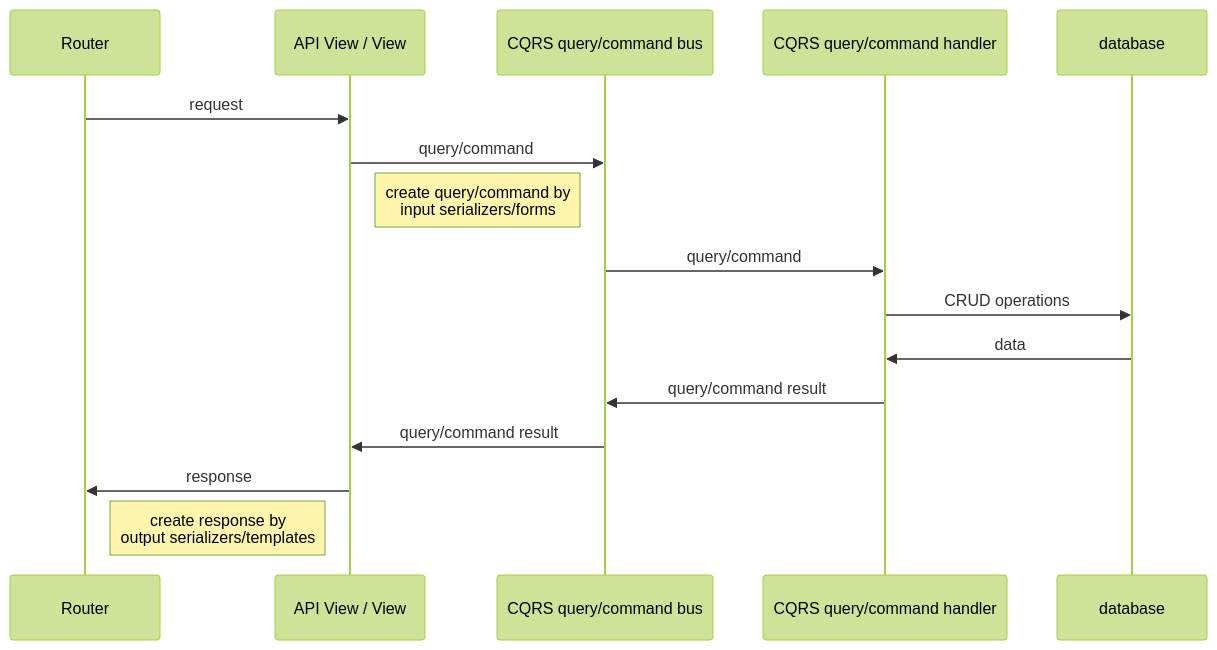
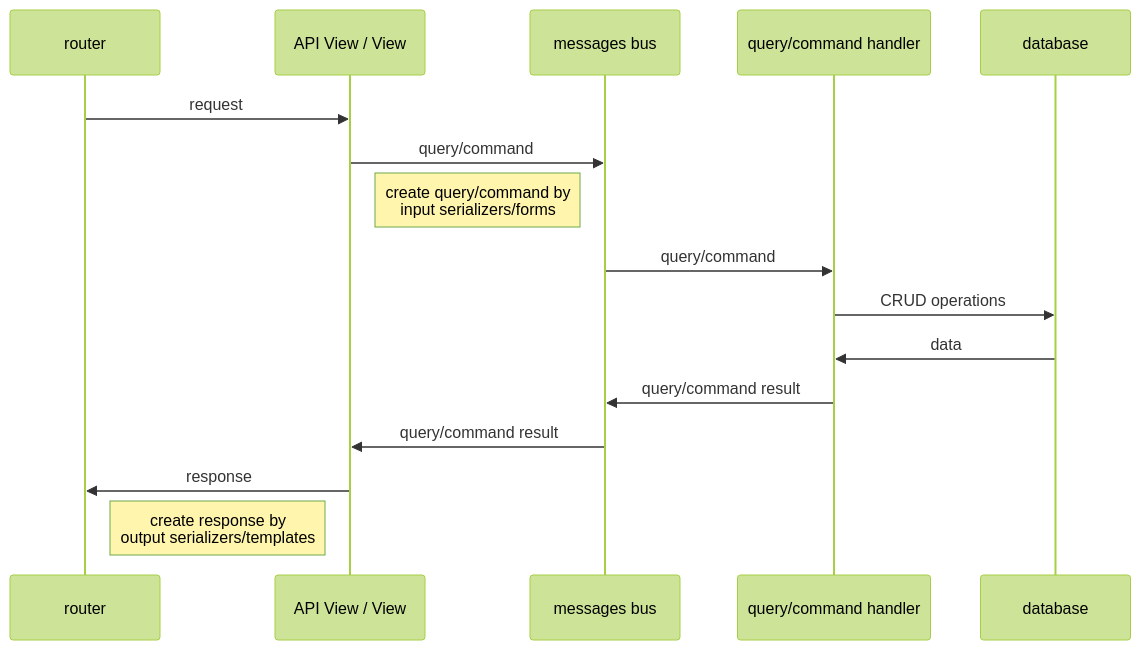
One commit to slapshin/django-cqrs-demo changed the diagram in docs/implementation.md. Above: the diagram before and after it, drawn with Mermaid (forest theme). The commit also changed other lines of this file and 1 other file, not shown here.

````diff
--- a/docs/implementation.md
+++ b/docs/implementation.md
@@ -26,18 +26,18 @@
 ```mermaid
   sequenceDiagram
-    participant router as Router 
-    participant view as API View / View
-    participant bus as CQRS query/command bus 
-    participant handler as CQRS query/command handler
+    participant router
+    participant view as API View / View 
+    participant bus as messages bus 
+    participant handler as query/command handler
     participant database 
     router->>view: request 
     view->>bus: query/command 
     Note right of view: create query/command by <br/>input serializers/forms 
     bus->>handler: query/command 
     handler->>database: CRUD operations
     database->>handler: data 
     handler->>bus: query/command result
     bus->>view: query/command result
     view->>router: response 
     Note left of view: create response by <br/>output serializers/templates
 ```
````
